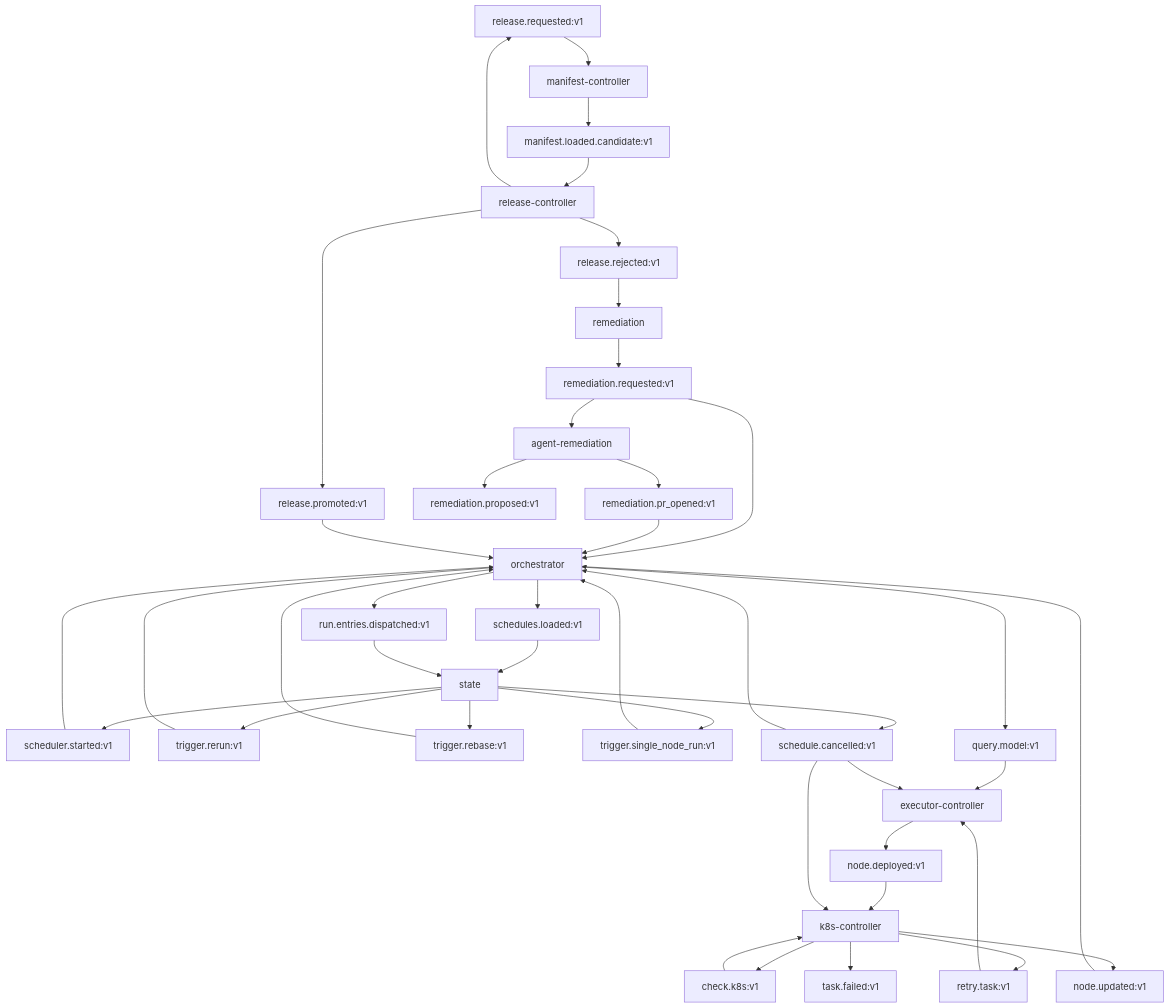
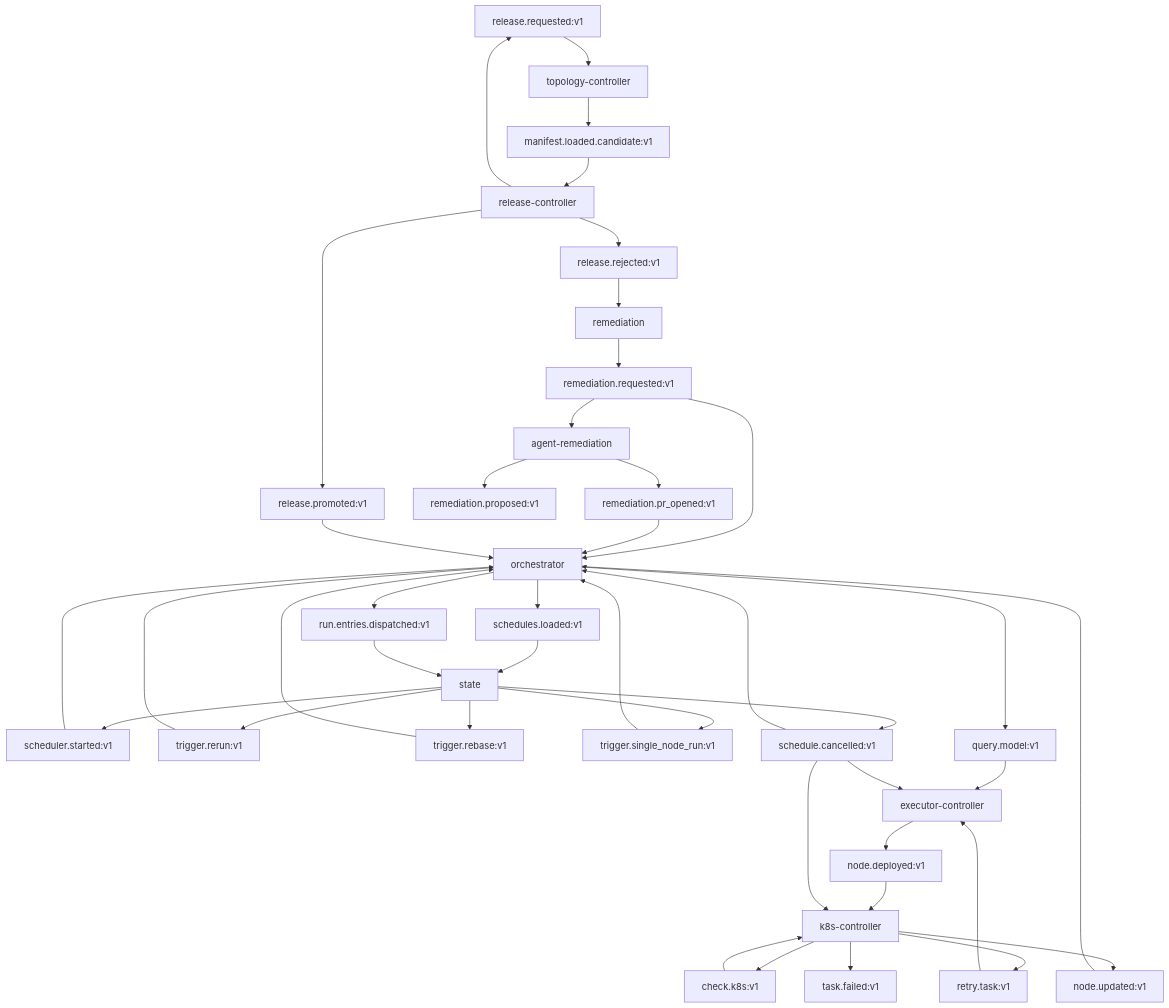
Before and after one commit to carolsimone/continuo: the second of 2 diagrams in docs/arch/01-topology.md, drawn with Mermaid. The commit also changed other lines of this file and 148 other files, not shown here.

First line of the commit message:
refactor!: rename manifest-controller to topology-controller (#459)

````diff
--- a/docs/arch/01-topology.md
+++ b/docs/arch/01-topology.md
@@ -81,75 +81,75 @@
 ```mermaid
 flowchart TD
   RR[release.requested:v1]
   MLC[manifest.loaded.candidate:v1]
   RP[release.promoted:v1]
   RREJ[release.rejected:v1]
   REMREQ[remediation.requested:v1]
   REMPROP[remediation.proposed:v1]
   PROPENED[remediation.pr_opened:v1]
   SL[schedules.loaded:v1]
   SS[scheduler.started:v1]
   RED[run.entries.dispatched:v1]
   TRR[trigger.rerun:v1]
   TRB[trigger.rebase:v1]
   TSN[trigger.single_node_run:v1]
   QM[query.model:v1]
   ED[node.deployed:v1]
   KCV[check.k8s:v1]
   TR[retry.task:v1]
   TF[task.failed:v1]
   UT[node.updated:v1]
 
   RC[release-controller] --> RR
-  RR --> MC[manifest-controller]
+  RR --> MC[topology-controller]
   MC --> MLC
   MLC --> RC
   RC --> RP
   RC --> RREJ
   RREJ --> REM[remediation]
   REM --> REMREQ
   REMREQ --> REMA[agent-remediation]
   REMREQ --> OR[orchestrator]
   REMA --> REMPROP
   REMA --> PROPENED
   PROPENED --> OR
   RP --> OR
   OR --> SL
   SL --> ST[state]
 
   ST --> SS
   SS --> OR
   OR --> RED
   RED --> ST
 
   ST --> TRR
   TRR --> OR
 
   ST --> TRB
   TRB --> OR
 
   ST --> TSN
   TSN --> OR
 
   OR --> QM
 
   QM --> EC[executor-controller]
   TR --> EC
 
   EC --> ED
   ED --> KC[k8s-controller]
 
   KC --> KCV
   KCV --> KC
   KC --> TR
   KC --> TF
   KC --> UT
 
   UT --> OR
 
   SC_EV[schedule.cancelled:v1]
   ST --> SC_EV
   SC_EV --> OR
   SC_EV --> EC
   SC_EV --> KC
 ```
````
